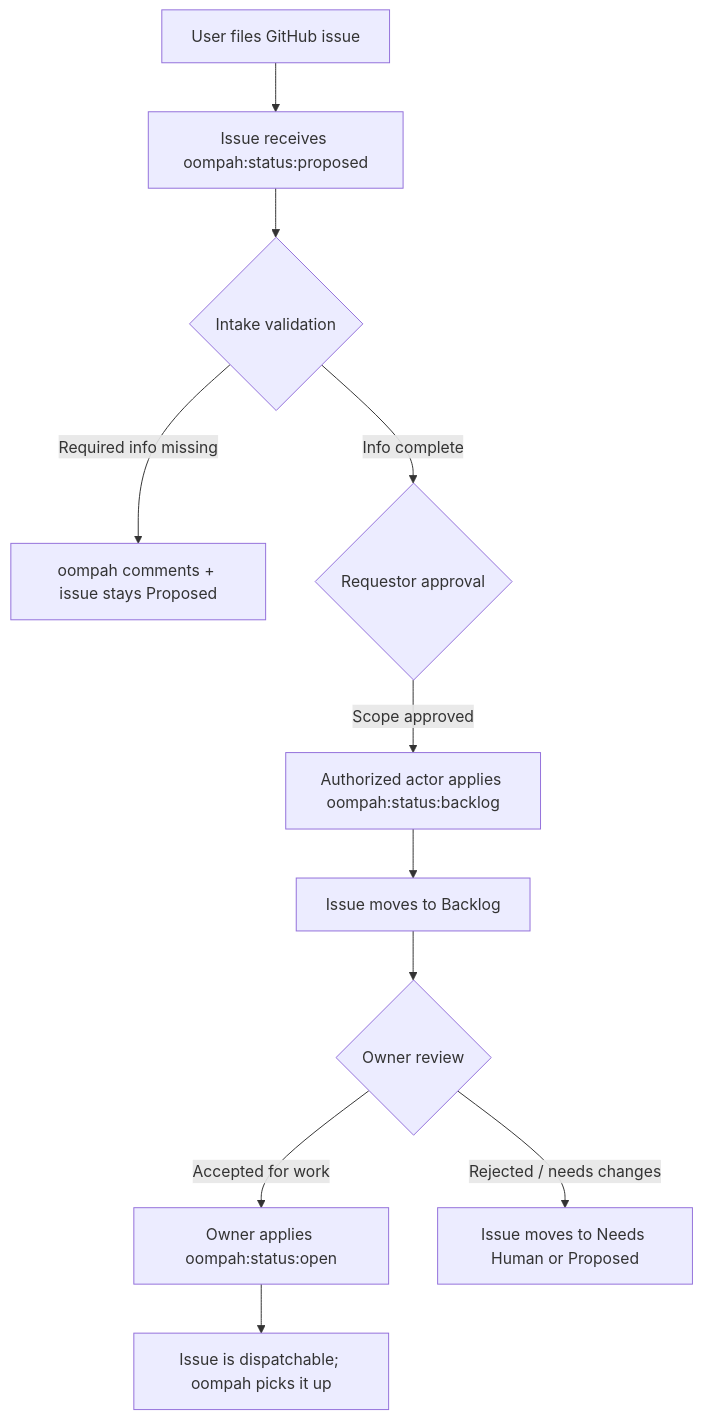
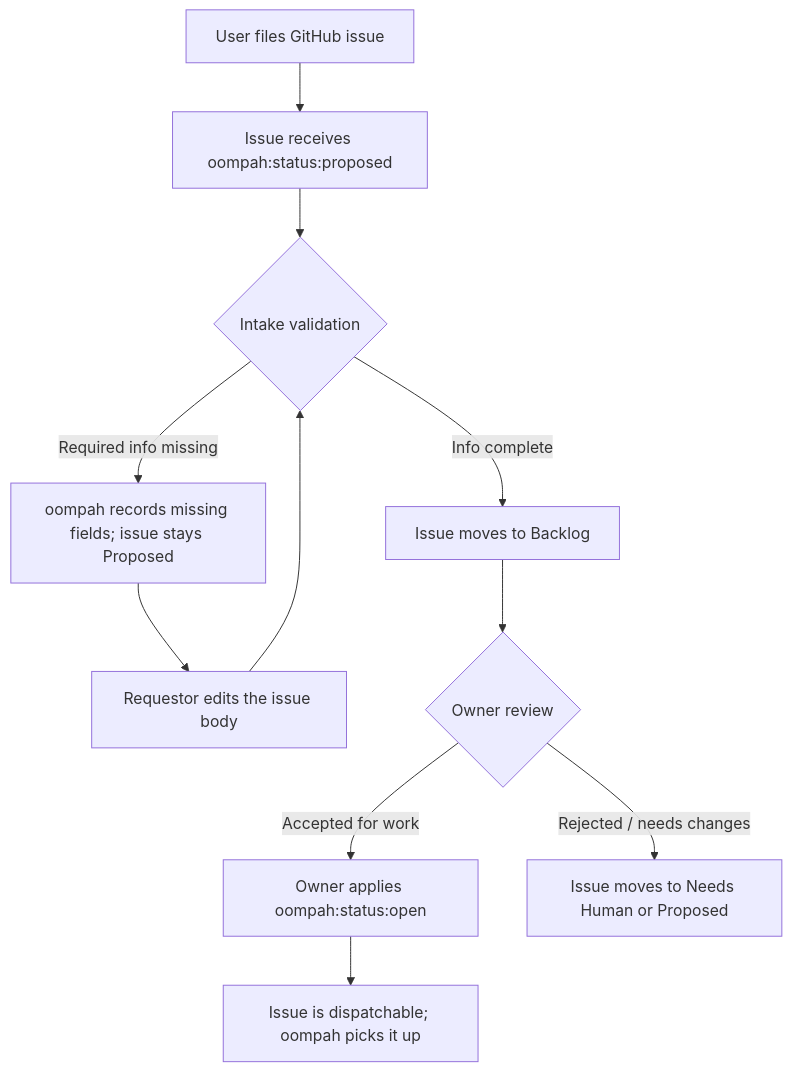
The diagram in docs/github-issue-intake.md (lesserevil/oompah), drawn with Mermaid before and after one commit. The commit also changed other lines of this file and 16 other files, not shown here.

First line of the commit message:
Promote validated Proposed issues to Backlog

````diff
--- a/docs/github-issue-intake.md
+++ b/docs/github-issue-intake.md
@@ -21,13 +21,13 @@
 ```mermaid
 flowchart TD
     A[User files GitHub issue] --> B[Issue receives oompah:status:proposed]
     B --> C{Intake validation}
-    C -- Required info missing --> D[oompah comments + issue stays Proposed]
-    C -- Info complete --> E{Requestor approval}
-    E -- Scope approved --> F[Authorized actor applies oompah:status:backlog]
-    F --> G[Issue moves to Backlog]
+    C -- Required info missing --> D[oompah records missing fields; issue stays Proposed]
+    D --> E[Requestor edits the issue body]
+    E --> C
+    C -- Info complete --> G[Issue moves to Backlog]
     G --> H{Owner review}
     H -- Accepted for work --> I[Owner applies oompah:status:open]
     I --> J[Issue is dispatchable; oompah picks it up]
     H -- Rejected / needs changes --> K[Issue moves to Needs Human or Proposed]
 ```
````
